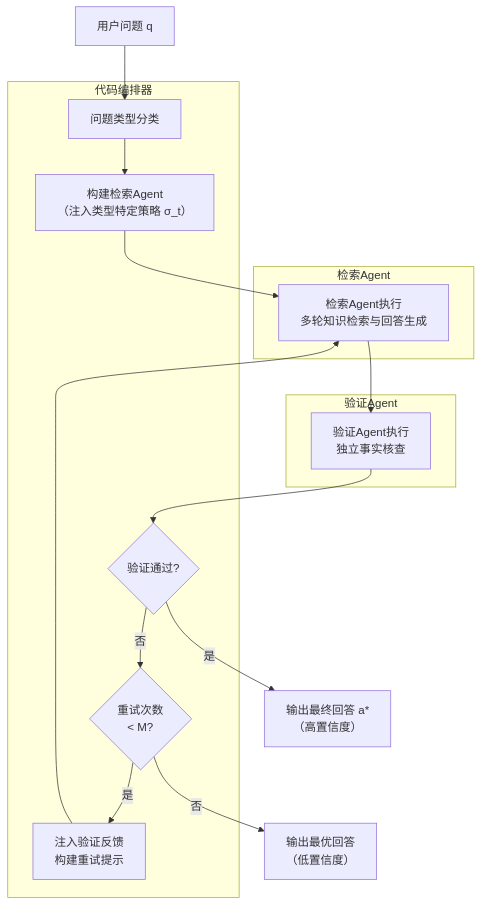
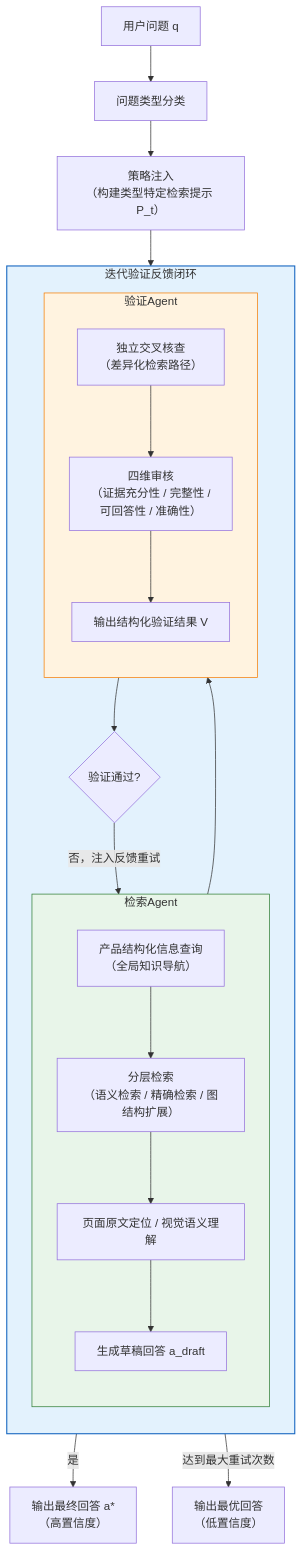
The first of 5 diagrams in docs/chapter4_flow_agentic_search_review.md (chuansuo12/RAG-Anything), drawn with Mermaid before and after one commit. The commit also changed other lines of this file and 8 other files, not shown here.

````diff
--- a/docs/chapter4_flow_agentic_search_review.md
+++ b/docs/chapter4_flow_agentic_search_review.md
@@ -55,29 +9,37 @@
 ```mermaid
-flowchart TD
-    A["用户问题 q"] --> B["问题类型分类"]
-    B --> C["构建检索Agent<br/>（注入类型特定策略 σ_t）"]
-    C --> D["检索Agent执行<br/>多轮知识检索与回答生成"]
-    D --> E["验证Agent执行<br/>独立事实核查"]
-    E --> F{"验证通过?"}
-    F -- 是 --> G["输出最终回答 a*<br/>（高置信度）"]
-    F -- 否 --> H{"重试次数<br/>< M?"}
-    H -- 是 --> I["注入验证反馈<br/>构建重试提示"]
-    I --> D
-    H -- 否 --> J["输出最优回答<br/>（低置信度）"]
+flowchart TB
+    Q["用户问题 q"] --> CL["问题类型分类"]
+    CL --> SI["策略注入\n（构建类型特定检索提示 P_t）"]
 
-    subgraph 代码编排器
-        B
-        C
-        F
-        H
-        I
+    subgraph Loop["迭代验证反馈闭环"]
+        direction TB
+        subgraph SearchAgent["检索Agent"]
+            direction TB
+            SA1["产品结构化信息查询\n（全局知识导航）"]
+            SA2["分层检索\n（语义检索 / 精确检索 / 图结构扩展）"]
+            SA3["页面原文定位 / 视觉语义理解"]
+            SA4["生成草稿回答 a_draft"]
+            SA1 --> SA2 --> SA3 --> SA4
+        end
+
+        subgraph ReviewAgent["验证Agent"]
+            direction TB
+            RA1["独立交叉核查\n（差异化检索路径）"]
+            RA2["四维审核\n（证据充分性 / 完整性 /\n可回答性 / 准确性）"]
+            RA3["输出结构化验证结果 V"]
+            RA1 --> RA2 --> RA3
+        end
+
+        SA4 --> ReviewAgent
+        RA3 --> DEC{"验证通过?"}
+        DEC -- 否，注入反馈重试 --> SearchAgent
     end
 
-    subgraph 检索Agent
-        D
-    end
+    SI --> Loop
+    DEC -- 是 --> ANS["输出最终回答 a*\n（高置信度）"]
+    DEC -- 达到最大重试次数 --> LOW["输出最优回答\n（低置信度）"]
 
-    subgraph 验证Agent
-        E
-    end
+    style Loop fill:#e3f2fd,stroke:#1565c0,stroke-width:1.5px
+    style SearchAgent fill:#e8f5e9,stroke:#2e7d32
+    style ReviewAgent fill:#fff3e0,stroke:#f57c00
 ```
````
